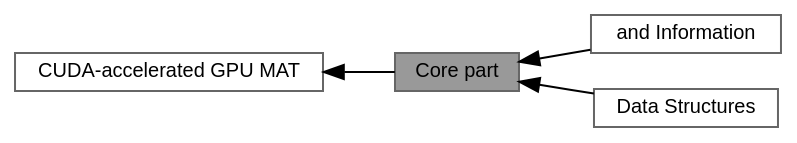
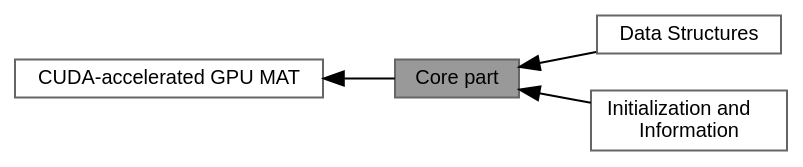
Before and after one commit to Laihb1106205841/GpuMat.github.io: the diagram in group__cudacore.dot, drawn with Graphviz. The commit also changed 30 other files, not shown here.

```diff
--- a/group__cudacore.dot
+++ b/group__cudacore.dot
@@ -1,15 +1,15 @@
 digraph "Core part"
 {
  // LATEX_PDF_SIZE
   bgcolor="transparent";
   edge [fontname=Helvetica,fontsize=10,labelfontname=Helvetica,labelfontsize=10];
   node [fontname=Helvetica,fontsize=10,shape=box,height=0.2,width=0.4];
   rankdir=LR;
-  Node3 [id="Node000003",label="and Information",height=0.2,width=0.4,color="grey40", fillcolor="white", style="filled",URL="$group___initialization.html",tooltip=" "];
   Node2 [id="Node000002",label="CUDA-accelerated GPU MAT",height=0.2,width=0.4,color="grey40", fillcolor="white", style="filled",URL="$group__cuda.html",tooltip=" "];
   Node1 [id="Node000001",label="Core part",height=0.2,width=0.4,color="gray40", fillcolor="grey60", style="filled", fontcolor="black",tooltip=" "];
   Node4 [id="Node000004",label="Data Structures",height=0.2,width=0.4,color="grey40", fillcolor="white", style="filled",URL="$group__cudacore__struct.html",tooltip=" "];
+  Node3 [id="Node000003",label="Initialization and\l Information",height=0.2,width=0.4,color="grey40", fillcolor="white", style="filled",URL="$group__s.html",tooltip=" "];
   Node2->Node1 [shape=plaintext, dir="back", style="solid"];
   Node1->Node3 [shape=plaintext, dir="back", style="solid"];
   Node1->Node4 [shape=plaintext, dir="back", style="solid"];
 }
```
